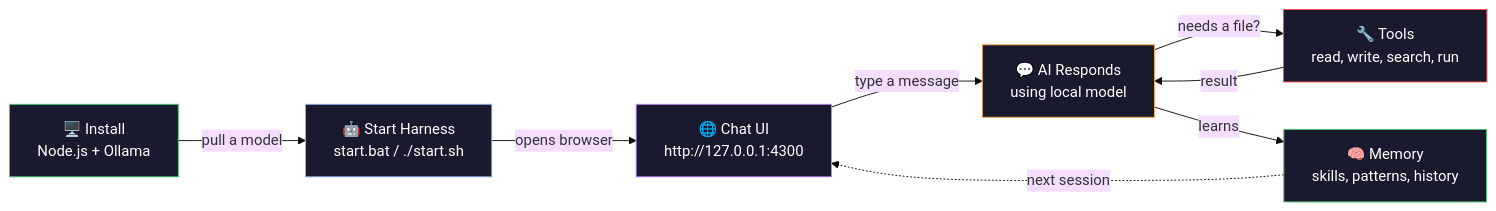
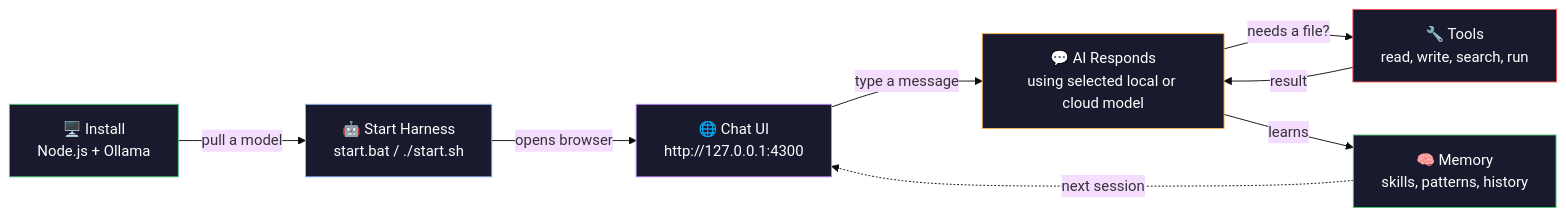
One commit to Bradliebs/ollama-agent-harness changed the first of 2 diagrams in README.md. Above: the diagram before and after it, drawn with Mermaid (base theme). The commit also changed other lines of this file and 15 other files, not shown here.

````diff
--- a/README.md
+++ b/README.md
@@ -51,17 +57,17 @@
 ```mermaid
 flowchart LR
     A["🖥️ Install\nNode.js + Ollama"] -->|pull a model| B["🤖 Start Harness\nstart.bat / ./start.sh"]
     B -->|opens browser| C["🌐 Chat UI\nhttp://127.0.0.1:4300"]
-    C -->|type a message| D["💬 AI Responds\nusing local model"]
+    C -->|type a message| D["💬 AI Responds\nusing selected local or cloud model"]
     D -->|needs a file?| E["🔧 Tools\nread, write, search, run"]
     E -->|result| D
     D -->|learns| F["🧠 Memory\nskills, patterns, history"]
     F -.->|next session| C
 
     style A fill:#1a1a2e,stroke:#50c878,color:#fff
     style B fill:#1a1a2e,stroke:#8ab4f8,color:#fff
     style C fill:#1a1a2e,stroke:#bb86fc,color:#fff
     style D fill:#1a1a2e,stroke:#ffb050,color:#fff
     style E fill:#1a1a2e,stroke:#ff5050,color:#fff
     style F fill:#1a1a2e,stroke:#50c878,color:#fff
 ```
````
